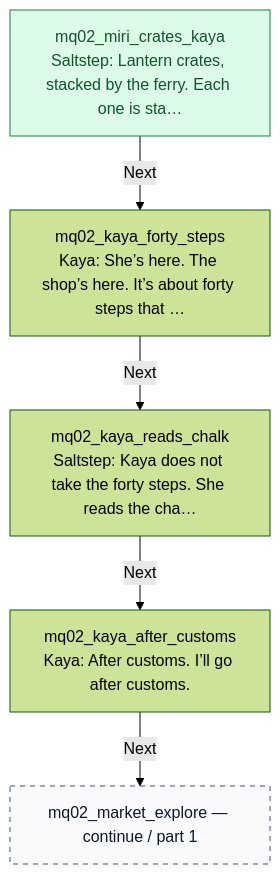
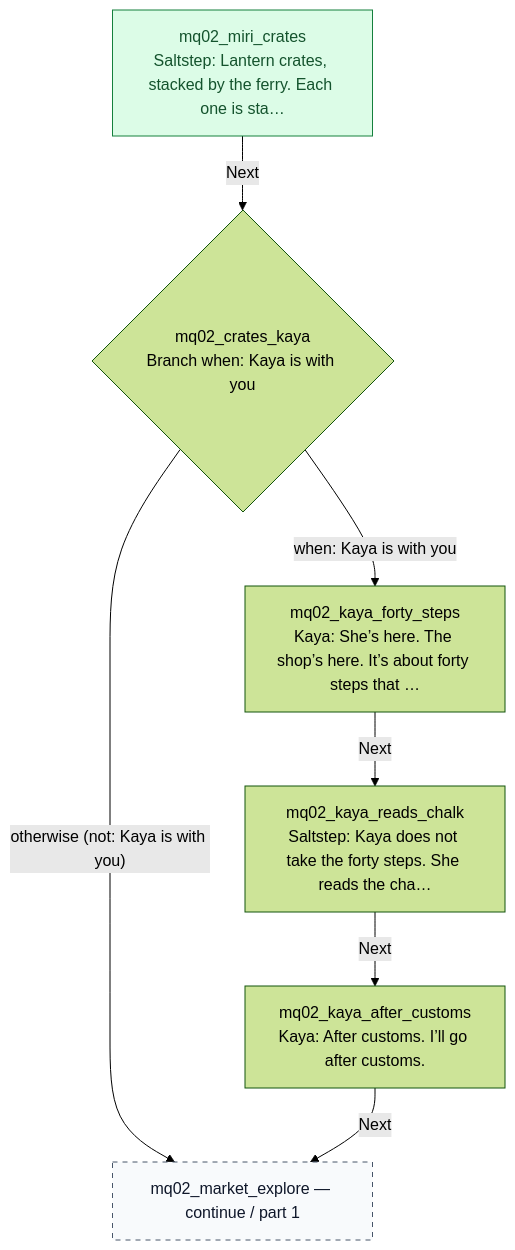
One commit to jaredbahr/Avatarrpg changed the eighth of 12 diagrams in docs/story/mq02-paper-and-stone.md. Above: the diagram before and after it, drawn with Mermaid (forest theme). The commit also changed other lines of this file and 20 other files, not shown here.

First line of the commit message:
Fold MQ-02's copied hero chains onto one chain each

````diff
--- a/docs/story/mq02-paper-and-stone.md
+++ b/docs/story/mq02-paper-and-stone.md
@@ -288,15 +220,18 @@
 ```mermaid
 flowchart TD
-  n180["mq02_miri_crates_kaya<br/>Saltstep: Lantern crates, stacked by the ferry. Each one is sta…"]:::entry
-  n171["mq02_kaya_forty_steps<br/>Kaya: She’s here. The shop’s here. It’s about forty steps that …"]
-  n172["mq02_kaya_reads_chalk<br/>Saltstep: Kaya does not take the forty steps. She reads the cha…"]
-  n170["mq02_kaya_after_customs<br/>Kaya: After customs. I’ll go after customs."]
-  n177["mq02_market_explore — continue / part 1"]:::continuation
-  n170 -->|"Next"| n177
-  n171 -->|"Next"| n172
-  n172 -->|"Next"| n170
-  n180 -->|"Next"| n171
+  n173["mq02_miri_crates<br/>Saltstep: Lantern crates, stacked by the ferry. Each one is sta…"]:::entry
+  n137{"mq02_crates_kaya<br/>Branch when: Kaya is with you"}
+  n165["mq02_kaya_forty_steps<br/>Kaya: She’s here. The shop’s here. It’s about forty steps that …"]
+  n166["mq02_kaya_reads_chalk<br/>Saltstep: Kaya does not take the forty steps. She reads the cha…"]
+  n164["mq02_kaya_after_customs<br/>Kaya: After customs. I’ll go after customs."]
+  n171["mq02_market_explore — continue / part 1"]:::continuation
+  n137 -->|"when: Kaya is with you"| n165
+  n137 -->|"otherwise (not: Kaya is with you)"| n171
+  n164 -->|"Next"| n171
+  n165 -->|"Next"| n166
+  n166 -->|"Next"| n164
+  n173 -->|"Next"| n137
   classDef entry fill:#dcfce7,stroke:#15803d,color:#14532d
   classDef external fill:#f3e8ff,stroke:#7e22ce,color:#581c87
   classDef continuation fill:#f8fafc,stroke:#475569,color:#0f172a,stroke-dasharray:5 5
 ```
````
